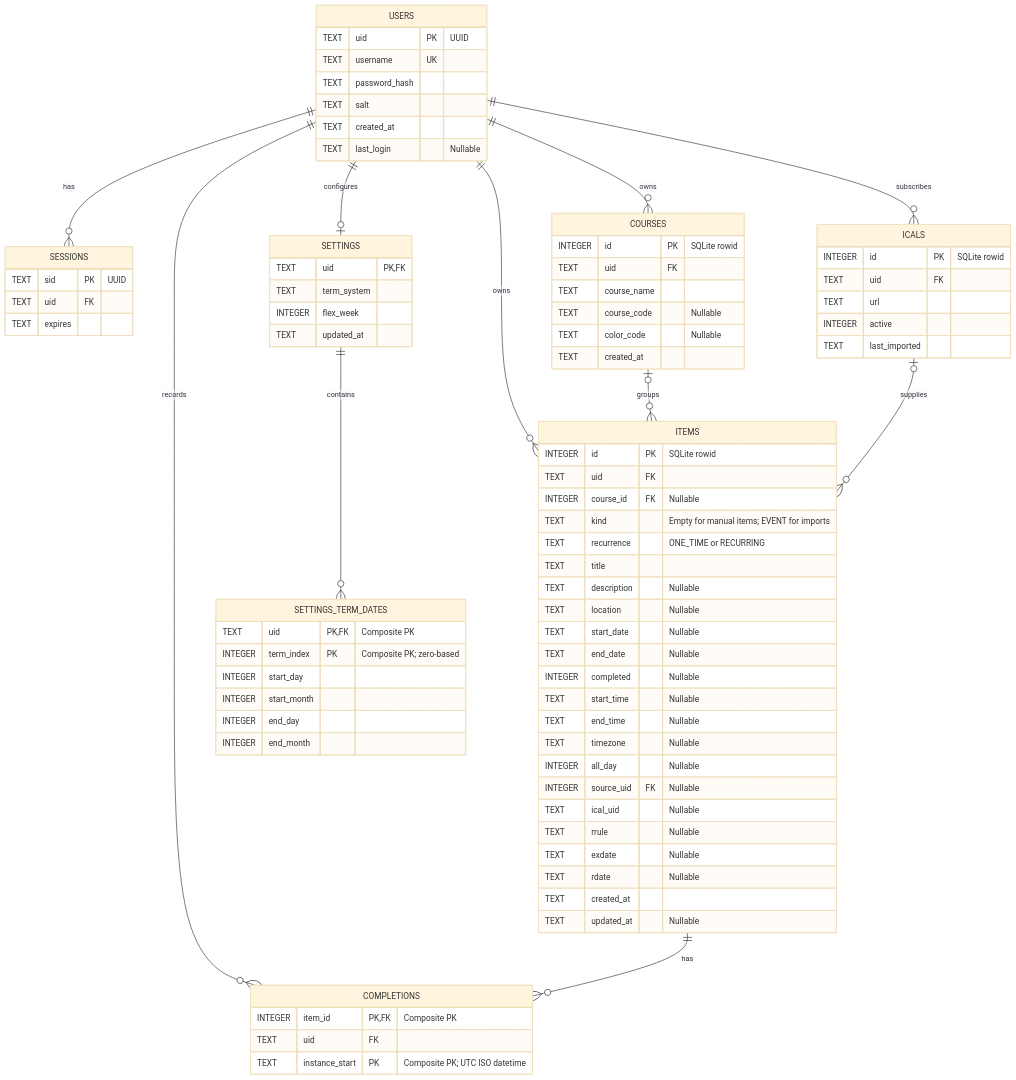
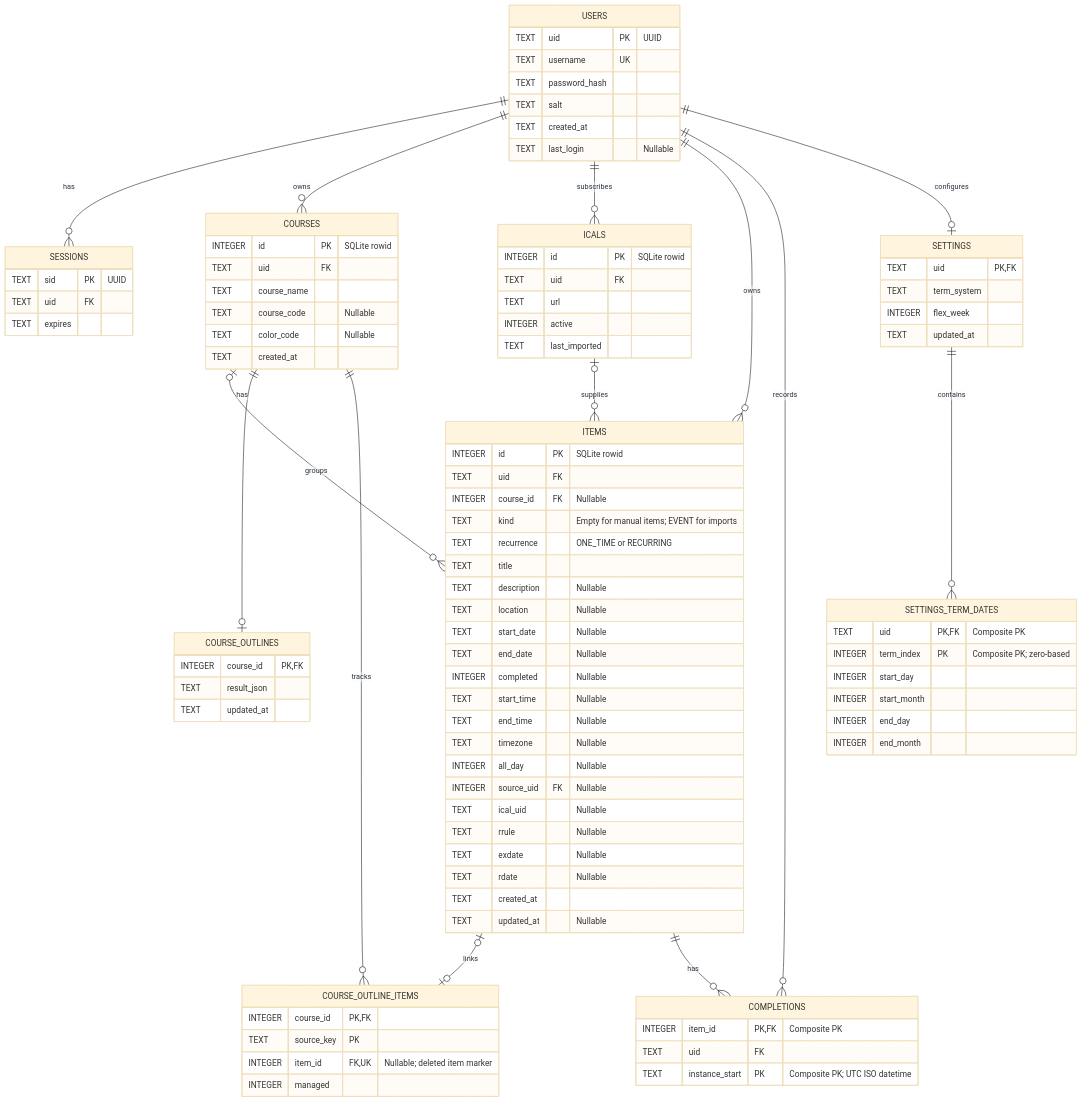
Before and after one commit to ParsaSla/Planner-App: the diagram in DATABASE_SCHEMA_ERD.md, drawn with Mermaid (base theme). The commit also changed other lines of this file and 28 other files, not shown here.

Commit message:
feat: add UNSW course outline parsing and planner sync

```diff
--- a/DATABASE_SCHEMA_ERD.md
+++ b/DATABASE_SCHEMA_ERD.md
@@ -15,6 +15,9 @@
     USERS ||--o{ COMPLETIONS : records
     USERS ||--o| SETTINGS : configures
     COURSES |o--o{ ITEMS : groups
+    COURSES ||--o| COURSE_OUTLINES : has
+    COURSES ||--o{ COURSE_OUTLINE_ITEMS : tracks
+    ITEMS |o--o| COURSE_OUTLINE_ITEMS : links
     ICALS |o--o{ ITEMS : supplies
     ITEMS ||--o{ COMPLETIONS : has
     SETTINGS ||--o{ SETTINGS_TERM_DATES : contains
@@ -71,6 +74,17 @@
         TEXT created_at
         TEXT updated_at "Nullable"
     }
+    COURSE_OUTLINE_ITEMS {
+        INTEGER course_id PK, FK
+        TEXT source_key PK
+        INTEGER item_id FK, UK "Nullable; deleted item marker"
+        INTEGER managed
+    }
+    COURSE_OUTLINES {
+        INTEGER course_id PK, FK
+        TEXT result_json
+        TEXT updated_at
+    }
     COMPLETIONS {
         INTEGER item_id PK, FK "Composite PK"
         TEXT uid FK
```
